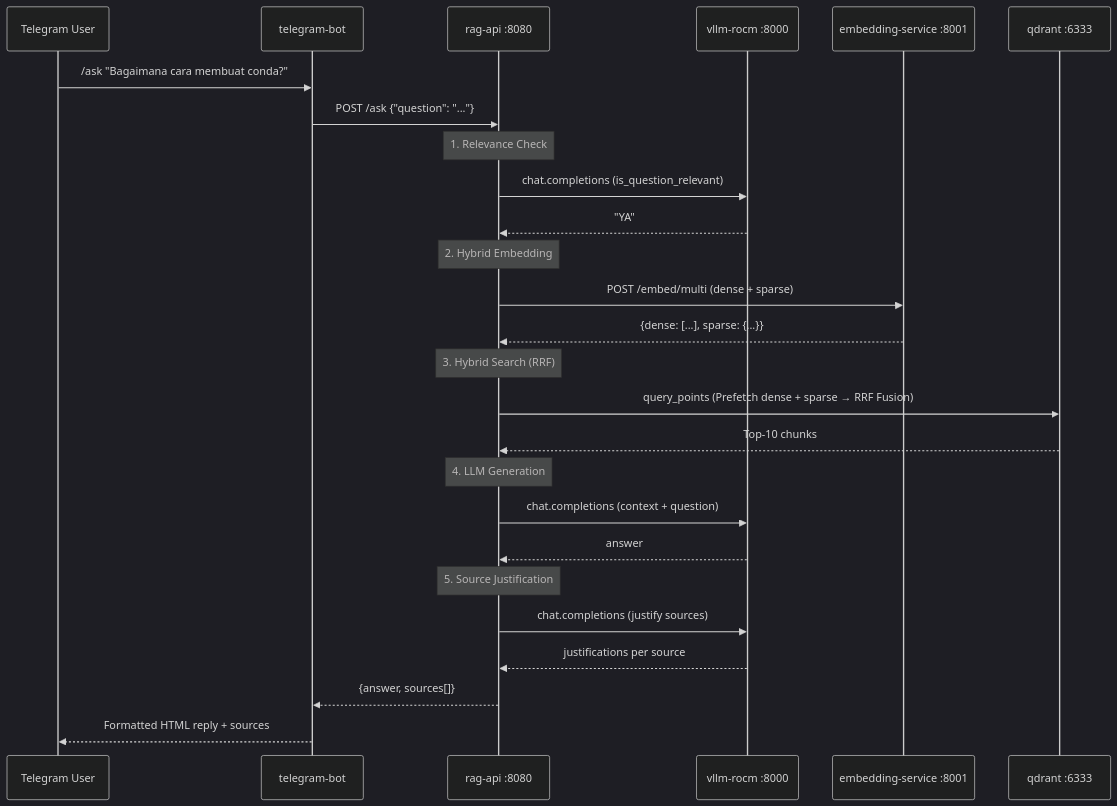
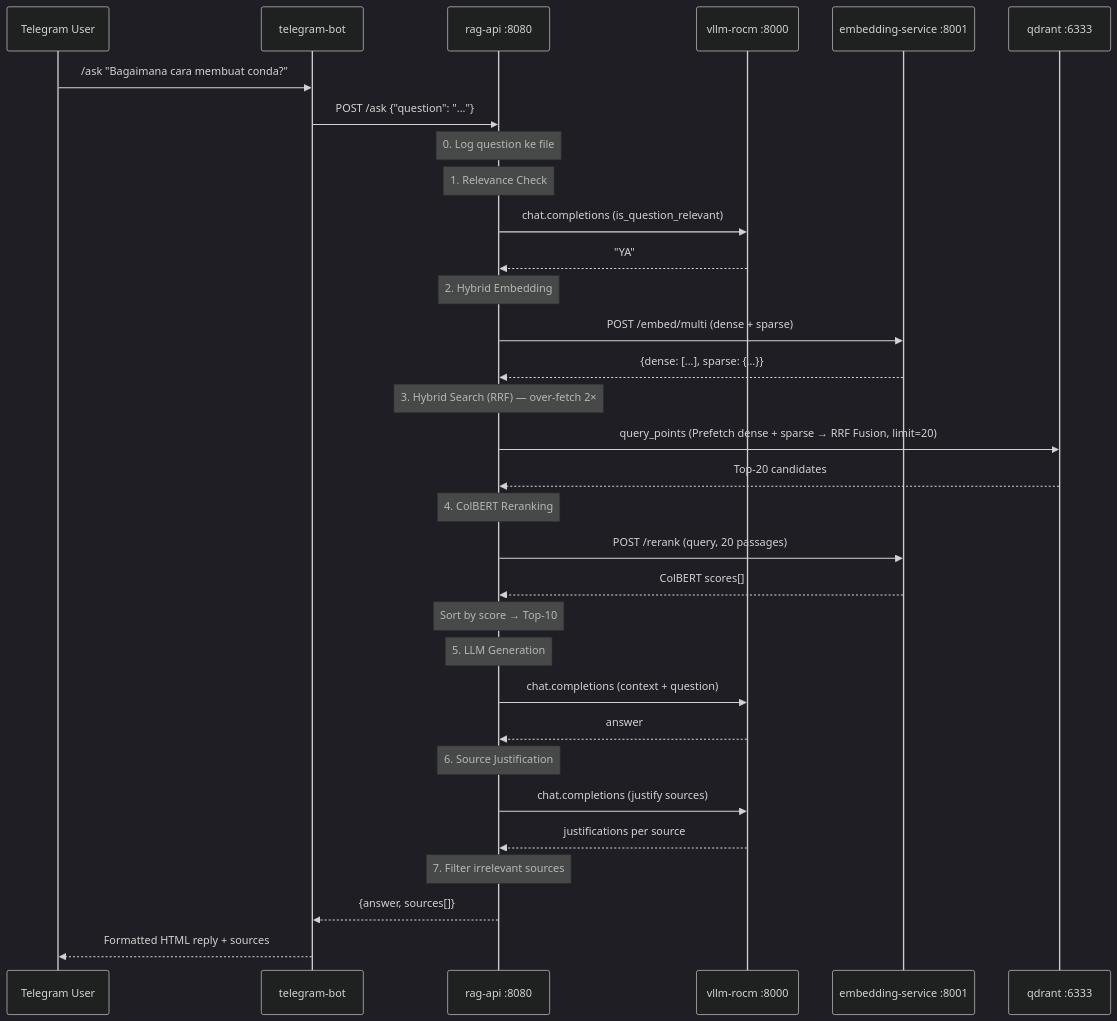
One commit to kristonova/rag-for-l1-aleleon-hpc-support changed the second of 13 diagrams in docs/MICROSERVICES_ARCHITECTURE.md. Above: the diagram before and after it, drawn with Mermaid (dark theme). The commit also changed other lines of this file, not shown here.

Commit message:
docs: add microservices architecture documentation and archive rag_slurm_vllm.py script

````diff
--- a/docs/MICROSERVICES_ARCHITECTURE.md
+++ b/docs/MICROSERVICES_ARCHITECTURE.md
@@ -63,35 +63,44 @@
 ```mermaid
 sequenceDiagram
     participant U as Telegram User
     participant TB as telegram-bot
     participant API as rag-api :8080
     participant LLM as vllm-rocm :8000
     participant EMB as embedding-service :8001
     participant QD as qdrant :6333
 
     U->>TB: /ask "Bagaimana cara membuat conda?"
     TB->>API: POST /ask {"question": "..."}
 
+    Note over API: 0. Log question ke file
+
     Note over API: 1. Relevance Check
     API->>LLM: chat.completions (is_question_relevant)
     LLM-->>API: "YA"
 
     Note over API: 2. Hybrid Embedding
     API->>EMB: POST /embed/multi (dense + sparse)
     EMB-->>API: {dense: [...], sparse: {...}}
 
-    Note over API: 3. Hybrid Search (RRF)
-    API->>QD: query_points (Prefetch dense + sparse → RRF Fusion)
-    QD-->>API: Top-10 chunks
+    Note over API: 3. Hybrid Search (RRF) — over-fetch 2×
+    API->>QD: query_points (Prefetch dense + sparse → RRF Fusion, limit=20)
+    QD-->>API: Top-20 candidates
 
-    Note over API: 4. LLM Generation
+    Note over API: 4. ColBERT Reranking
+    API->>EMB: POST /rerank (query, 20 passages)
+    EMB-->>API: ColBERT scores[]
+    Note over API: Sort by score → Top-10
+
+    Note over API: 5. LLM Generation
     API->>LLM: chat.completions (context + question)
     LLM-->>API: answer
 
-    Note over API: 5. Source Justification
+    Note over API: 6. Source Justification
     API->>LLM: chat.completions (justify sources)
     LLM-->>API: justifications per source
+
+    Note over API: 7. Filter irrelevant sources
 
     API-->>TB: {answer, sources[]}
     TB-->>U: Formatted HTML reply + sources
 ```
````
